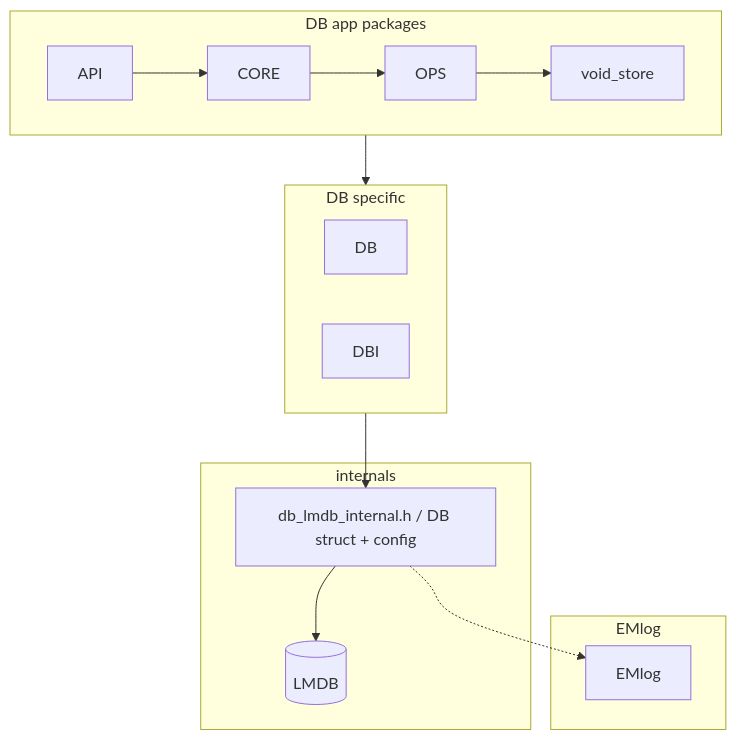
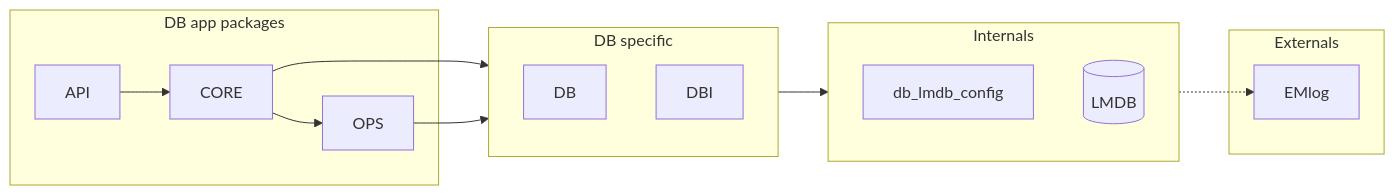
The first of 4 diagrams in ARCHITECTURE.md (RomanHorshkov/DB_lmdb), drawn with Mermaid before and after one commit. The commit also changed other lines of this file and 1 other file, not shown here.

````diff
--- a/ARCHITECTURE.md
+++ b/ARCHITECTURE.md
@@ -15,31 +9,30 @@
 ```mermaid
 %% Column view with logging visible
-flowchart TB
+flowchart LR
     subgraph App [DB app packages]
         api[API]
         core[CORE]
         ops[OPS]
-        vs[void_store]
     end
 
     subgraph DB_specific [DB specific]
         db[DB]
         dbi[DBI]
     end
 
-    subgraph Internals [internals]
-        internal[db_lmdb_internal.h / DB struct + config]
+    subgraph Internals [Internals]
+        config[db_lmdb_config]
         lmdb[(LMDB)]
     end
 
-    subgraph Col4 [EMlog]
+    subgraph Col4 [Externals]
         emlog[EMlog]
     end
 
-    api --> core --> ops --> vs
-    DB_specific --> internal
-    App --> DB_specific
+    api --> core --> ops
+    DB_specific --> Internals
+    core --> DB_specific
+    ops --> DB_specific
 
-    internal --> lmdb
-    internal -.-> emlog
+    Internals -.-> emlog
 ```
````
